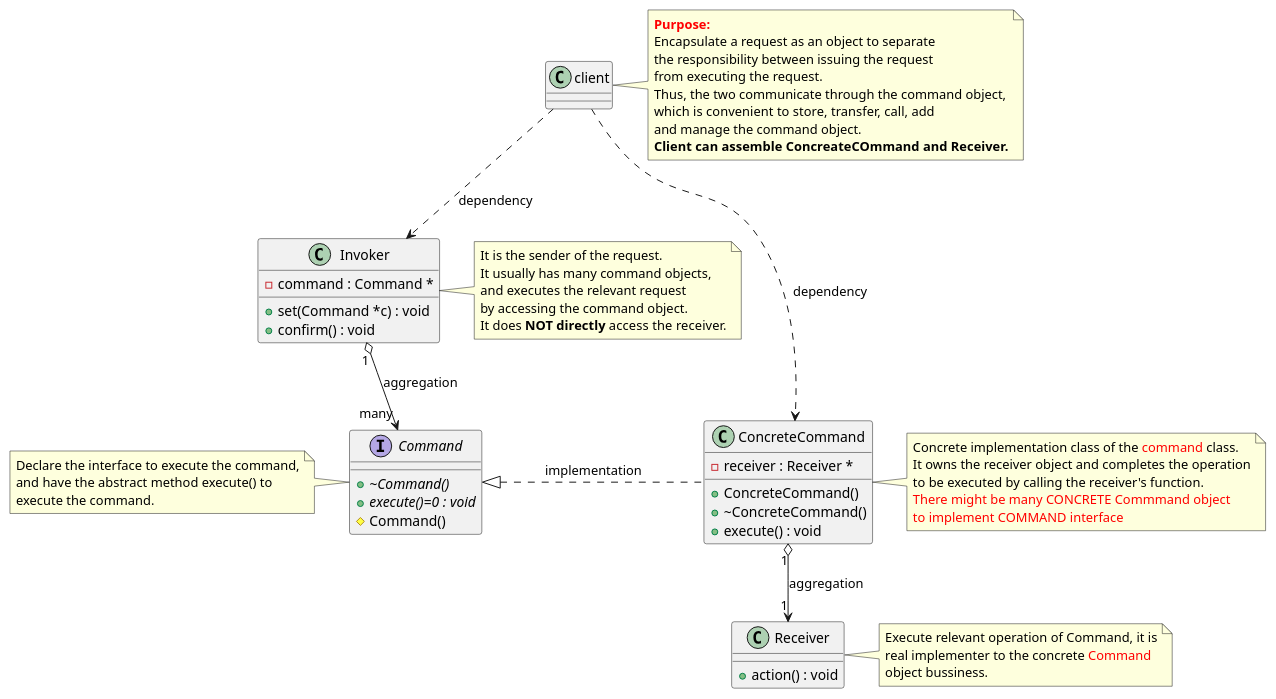
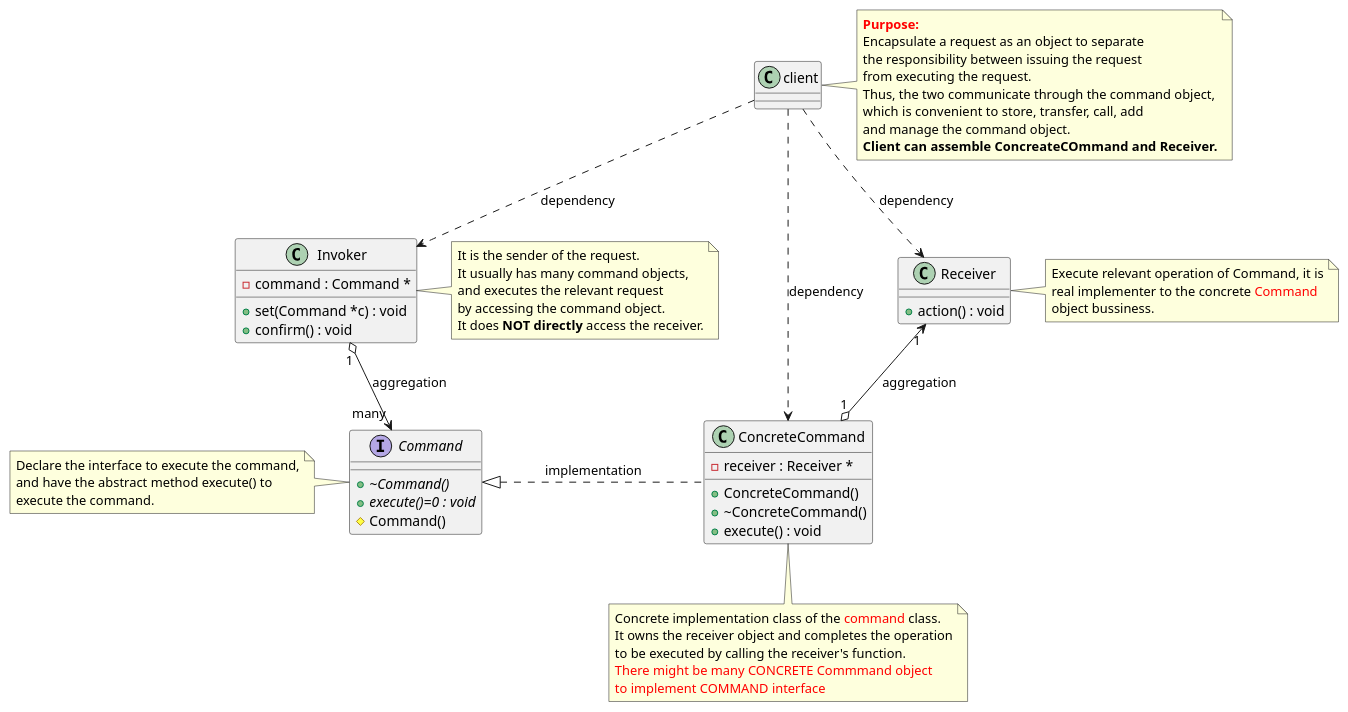
One commit to flyingman1991/design-patterns-cpp changed the diagram in command/CommandPattern.puml. Above: the diagram before and after it, drawn with PlantUML. The commit also changed 5 other files, not shown here.

```diff
--- a/command/CommandPattern.puml
+++ b/command/CommandPattern.puml
@@ -1,72 +1,73 @@
 @startuml CommandPattern
 
 class Receiver {
     + action() : void
 }
 
 interface Command {
     + {abstract} ~Command()
     + {abstract} execute()=0 : void
     # Command()
 }
 
 class ConcreteCommand {
     + ConcreteCommand()
     + ~ConcreteCommand()
     + execute() : void
     - receiver : Receiver *
 }
 
 ConcreteCommand .up|> Command : implementation
-ConcreteCommand "1" o--> "1" Receiver : aggregation
+ConcreteCommand "1" o-left-> "1" Receiver : aggregation
 
 class Invoker {
     + set(Command *c) : void
     + confirm() : void
     - command : Command *
 }
 
-note left of Invoker
+note right of Invoker
     It is the sender of the request.
     It usually has many command objects,
     and executes the relevant request
     by accessing the command object.
     It does <b>NOT directly</b> access the receiver.
 end note
 
 Invoker "1" o--> "many" Command : aggregation
 client ..> ConcreteCommand : dependency
 client ..> Invoker : dependency
+client ..> Receiver : dependency
 
 note right of client
     <font color="red"><b>Purpose:</b></font>
     Encapsulate a request as an object to separate
     the responsibility between issuing the request
     from executing the request.
     Thus, the two communicate through the command object,
     which is convenient to store, transfer, call, add
     and manage the command object.
     <b>Client can assemble ConcreateCOmmand and Receiver.</b>
 end note
 
 note left of Command
     Declare the interface to execute the command,
     and have the abstract method execute() to
     execute the command.
 end note
 
-note right of ConcreteCommand
+note bottom of ConcreteCommand
     Concrete implementation class of the <font color="Red">command</font> class.
     It owns the receiver object and completes the operation
     to be executed by calling the receiver's function.
     <font color="red">There might be many CONCRETE Commmand object</font>
     <font color="red">to implement COMMAND interface</font>
 end note
 
 note right of Receiver
     Execute relevant operation of Command, it is
     real implementer to the concrete <font color="Red">Command</font>
     object bussiness.
 end note
 
 @enduml
```
